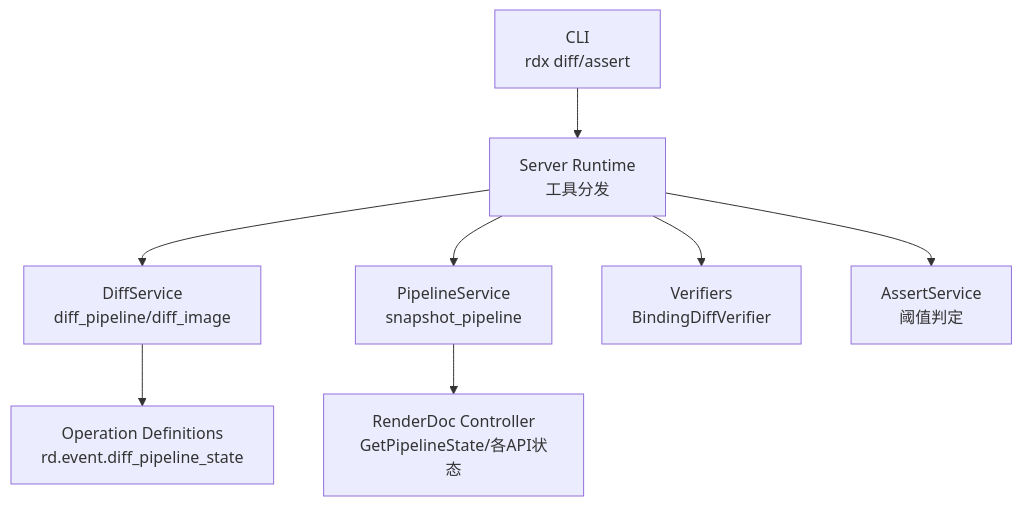
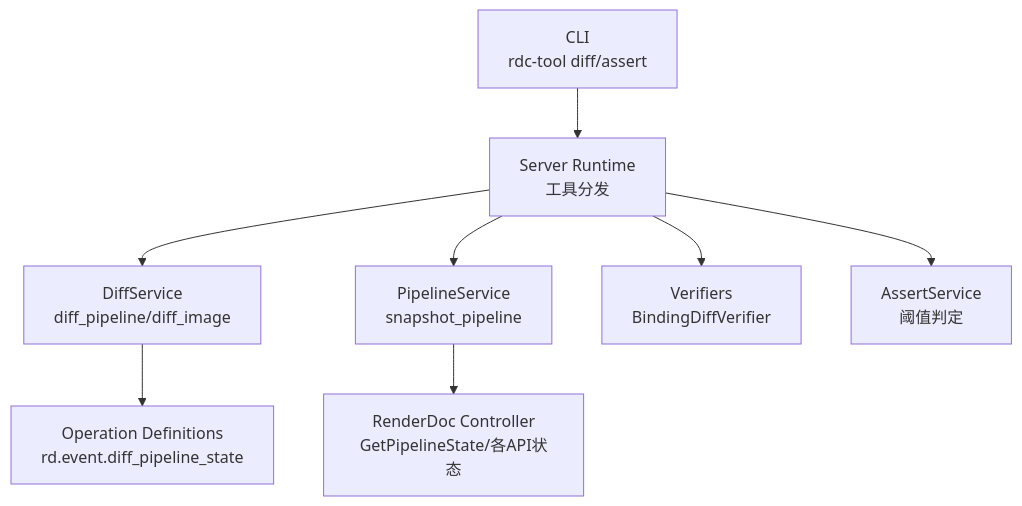
One commit to haolange/RDC-Tool changed the first of 4 diagrams in .qoder/repowiki/zh/content/核心概念/管线状态/管线状态比较.md. Above: the diagram before and after it, drawn with Mermaid. The commit also changed other lines of this file and 388 other files, not shown here.

First line of the commit message:
Release RDC-Tool identity and public maintenance surface

````diff
--- a/.qoder/repowiki/zh/content/核心概念/管线状态/管线状态比较.md
+++ b/.qoder/repowiki/zh/content/核心概念/管线状态/管线状态比较.md
@@ -44,10 +44,10 @@
 ```mermaid
 graph TB
-CLI["CLI<br/>rdx diff/assert"] --> SR["Server Runtime<br/>工具分发"]
+CLI["CLI<br/>rdc-tool diff/assert"] --> SR["Server Runtime<br/>工具分发"]
 SR --> DS["DiffService<br/>diff_pipeline/diff_image"]
 DS --> OP["Operation Definitions<br/>rd.event.diff_pipeline_state"]
 SR --> PS["PipelineService<br/>snapshot_pipeline"]
 PS --> RD["RenderDoc Controller<br/>GetPipelineState/各API状态"]
 SR --> V["Verifiers<br/>BindingDiffVerifier"]
 SR --> AS["AssertService<br/>阈值判定"]
 ```
````
